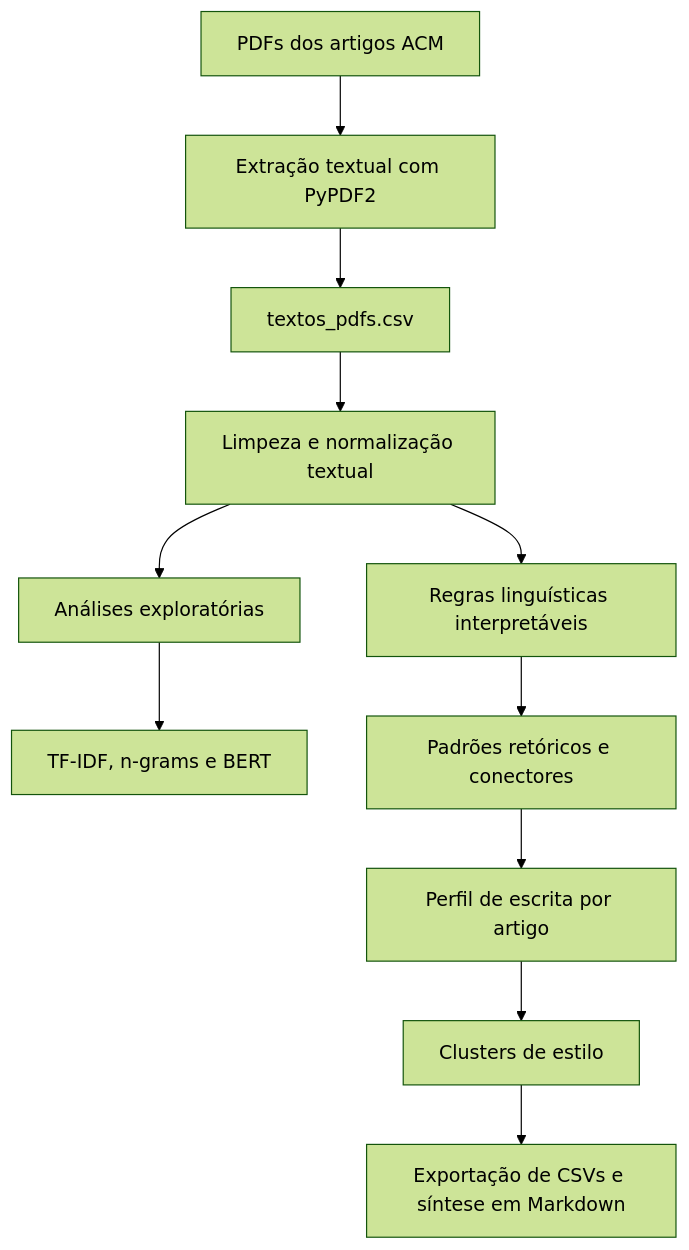
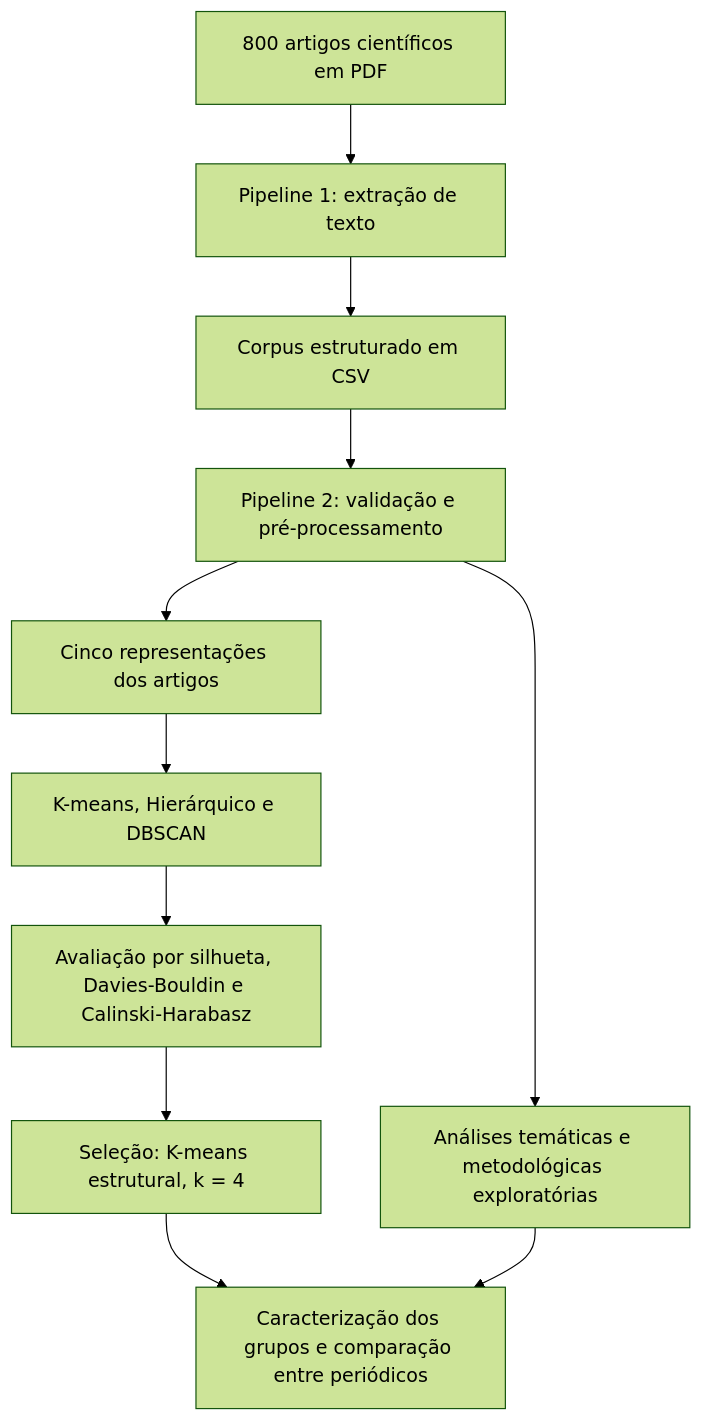
The diagram in README.md (g-evaristo/Pipelines-Dissertacao-Mestrado), drawn with Mermaid (forest theme) before and after one commit. The commit also changed other lines of this file and 5 other files, not shown here.

````diff
--- a/README.md
+++ b/README.md
@@ -44,13 +46,13 @@
 ```mermaid
 flowchart TD
-    A[PDFs dos artigos ACM] --> B[Extração textual com PyPDF2]
-    B --> C[textos_pdfs.csv]
-    C --> D[Limpeza e normalização textual]
-    D --> E[Análises exploratórias]
-    D --> F[Regras linguísticas interpretáveis]
-    E --> G[TF-IDF, n-grams e BERT]
-    F --> H[Padrões retóricos e conectores]
-    H --> I[Perfil de escrita por artigo]
-    I --> J[Clusters de estilo]
-    J --> K[Exportação de CSVs e síntese em Markdown]
+    A[800 artigos científicos em PDF] --> B[Pipeline 1: extração de texto]
+    B --> C[Corpus estruturado em CSV]
+    C --> D[Pipeline 2: validação e pré-processamento]
+    D --> E[Cinco representações dos artigos]
+    E --> F[K-means, Hierárquico e DBSCAN]
+    F --> G[Avaliação por silhueta, Davies-Bouldin e Calinski-Harabasz]
+    G --> H[Seleção: K-means estrutural, k = 4]
+    H --> I[Caracterização dos grupos e comparação entre periódicos]
+    D --> J[Análises temáticas e metodológicas exploratórias]
+    J --> I
 ```
````
